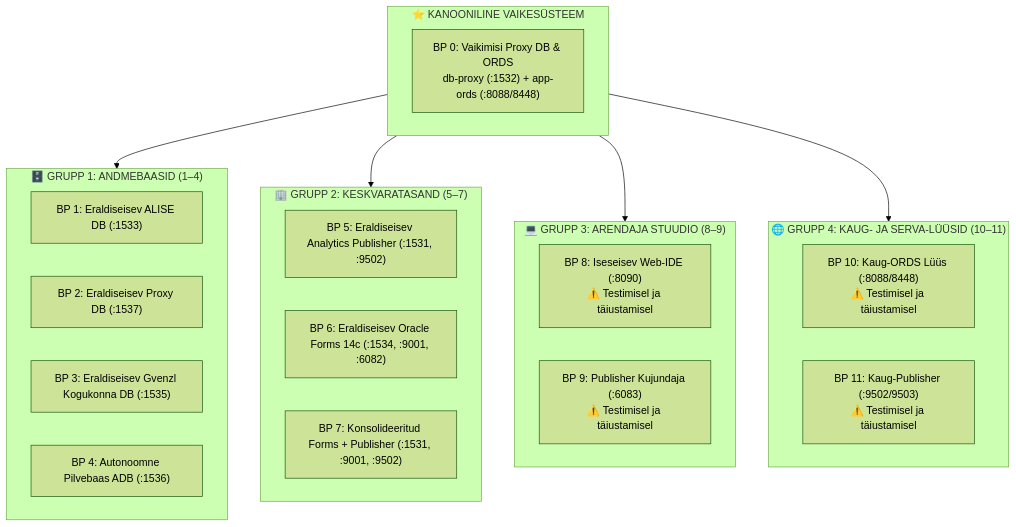
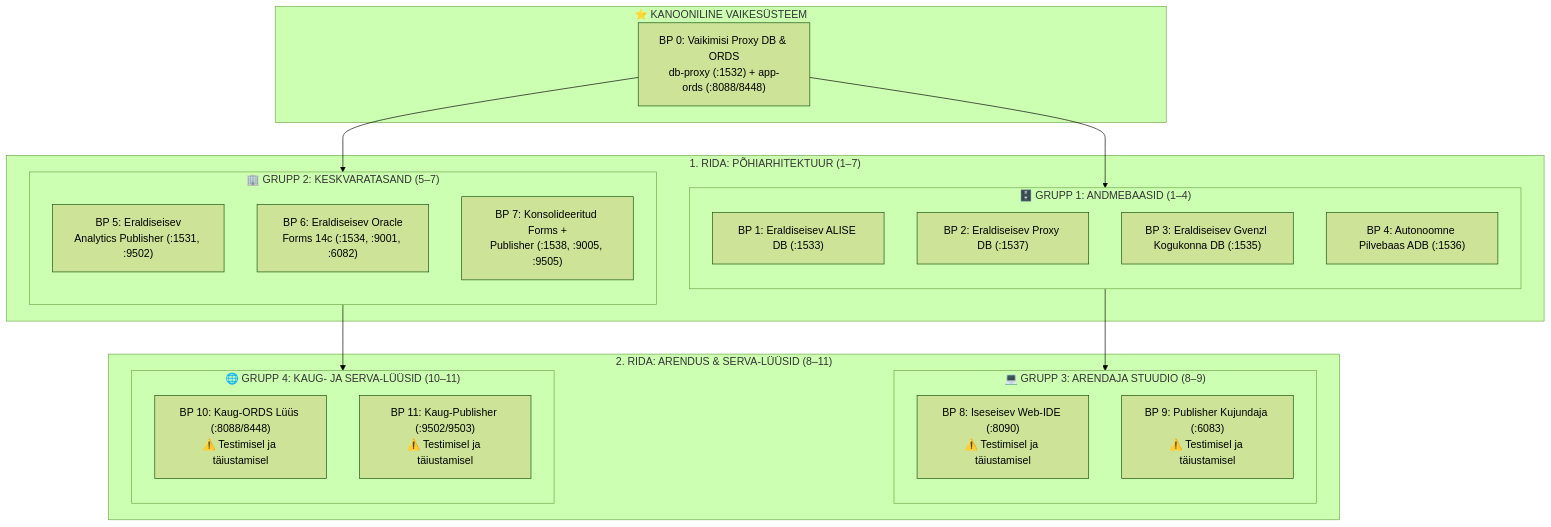
One commit to alahe/oracle-devops-platform changed the second of 2 diagrams in docs/et/README.md. Above: the diagram before and after it, drawn with Mermaid (forest theme). The commit also changed other lines of this file and 412 other files, not shown here.

````diff
--- a/docs/et/README.md
+++ b/docs/et/README.md
@@ -70,34 +70,42 @@
 ```mermaid
 flowchart TD
     subgraph Default ["⭐ KANOONILINE VAIKESÜSTEEM"]
         BP0["BP 0: Vaikimisi Proxy DB & ORDS<br/>db-proxy (:1532) + app-ords (:8088/8448)"]
     end
 
-    subgraph DatabaseStacks ["🗄️ GRUPP 1: ANDMEBAASID (1–4)"]
-        BP1["BP 1: Eraldiseisev ALISE DB (:1533)"]
-        BP2["BP 2: Eraldiseisev Proxy DB (:1537)"]
-        BP3["BP 3: Eraldiseisev Gvenzl Kogukonna DB (:1535)"]
-        BP4["BP 4: Autonoomne Pilvebaas ADB (:1536)"]
+    subgraph Tier1 ["1. RIDA: PÕHIARHITEKTUUR (1–7)"]
+        subgraph DatabaseStacks ["🗄️ GRUPP 1: ANDMEBAASID (1–4)"]
+            direction TB
+            BP1["BP 1: Eraldiseisev ALISE DB (:1533)"]
+            BP2["BP 2: Eraldiseisev Proxy DB (:1537)"]
+            BP3["BP 3: Eraldiseisev Gvenzl Kogukonna DB (:1535)"]
+            BP4["BP 4: Autonoomne Pilvebaas ADB (:1536)"]
+        end
+
+        subgraph Middleware ["🏢 GRUPP 2: KESKVARATASAND (5–7)"]
+            direction TB
+            BP5["BP 5: Eraldiseisev<br/>Analytics Publisher (:1531, :9502)"]
+            BP6["BP 6: Eraldiseisev Oracle<br/>Forms 14c (:1534, :9001, :6082)"]
+            BP7["BP 7: Konsolideeritud Forms +<br/>Publisher (:1538, :9005, :9505)"]
+        end
     end
 
-    subgraph Middleware ["🏢 GRUPP 2: KESKVARATASAND (5–7)"]
-        BP5["BP 5: Eraldiseisev Analytics Publisher (:1531, :9502)"]
-        BP6["BP 6: Eraldiseisev Oracle Forms 14c (:1534, :9001, :6082)"]
-        BP7["BP 7: Konsolideeritud Forms + Publisher (:1531, :9001, :9502)"]
+    subgraph Tier2 ["2. RIDA: ARENDUS & SERVA-LÜÜSID (8–11)"]
+        subgraph DeveloperStudio ["💻 GRUPP 3: ARENDAJA STUUDIO (8–9)"]
+            direction TB
+            BP8["BP 8: Iseseisev Web-IDE (:8090)<br/>⚠️ Testimisel ja täiustamisel"]
+            BP9["BP 9: Publisher Kujundaja (:6083)<br/>⚠️ Testimisel ja täiustamisel"]
+        end
+
+        subgraph RemoteGateways ["🌐 GRUPP 4: KAUG- JA SERVA-LÜÜSID (10–11)"]
+            direction TB
+            BP10["BP 10: Kaug-ORDS Lüüs (:8088/8448)<br/>⚠️ Testimisel ja täiustamisel"]
+            BP11["BP 11: Kaug-Publisher (:9502/9503)<br/>⚠️ Testimisel ja täiustamisel"]
+        end
     end
 
-    subgraph DeveloperStudio ["💻 GRUPP 3: ARENDAJA STUUDIO (8–9)"]
-        BP8["BP 8: Iseseisev Web-IDE (:8090)<br/>⚠️ Testimisel ja täiustamisel"]
-        BP9["BP 9: Publisher Kujundaja (:6083)<br/>⚠️ Testimisel ja täiustamisel"]
-    end
-
-    subgraph RemoteGateways ["🌐 GRUPP 4: KAUG- JA SERVA-LÜÜSID (10–11)"]
-        BP10["BP 10: Kaug-ORDS Lüüs (:8088/8448)<br/>⚠️ Testimisel ja täiustamisel"]
-        BP11["BP 11: Kaug-Publisher (:9502/9503)<br/>⚠️ Testimisel ja täiustamisel"]
-    end
-
-    Default --> DatabaseStacks
-    Default --> Middleware
-    Default --> DeveloperStudio
-    Default --> RemoteGateways
+    BP0 --> BP1
+    BP0 --> BP5
+    BP1 --> BP8
+    BP5 --> BP10
 ```
````
